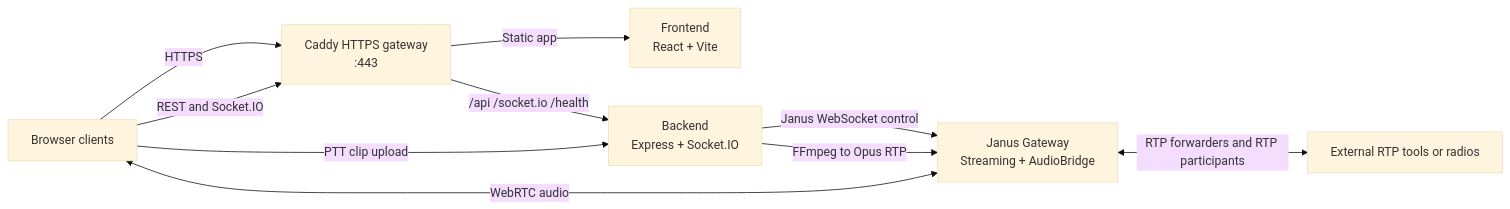
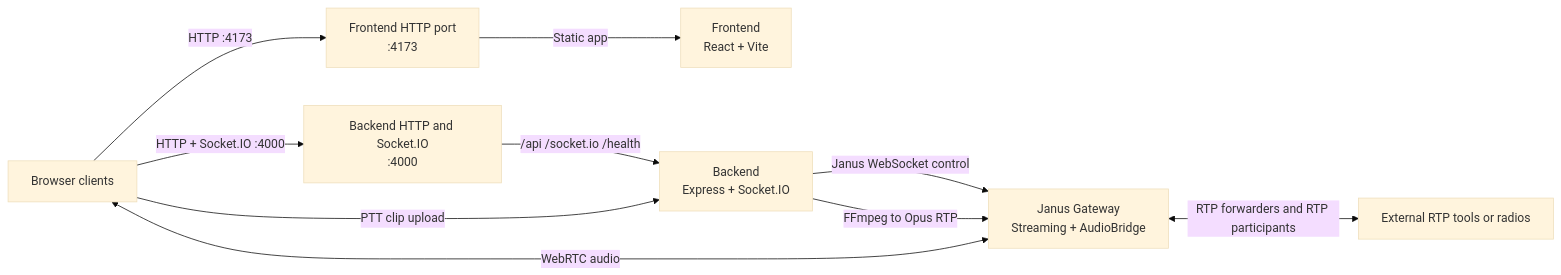
One commit to yousofdavamkar/Web-RTP-Connector changed the diagram in README.md. Above: the diagram before and after it, drawn with Mermaid (base theme). The commit also changed other lines of this file and 2 other files, not shown here.

First line of the commit message:
chore: remove HTTPS gateway from local Docker stack

````diff
--- a/README.md
+++ b/README.md
@@ -20,19 +20,20 @@
 ```mermaid
 flowchart LR
 	Browser[Browser clients]
-	Gateway[Caddy HTTPS gateway\n:443]
+	FrontendPort[Frontend HTTP port\n:4173]
+	BackendPort[Backend HTTP and Socket.IO\n:4000]
 	Frontend[Frontend\nReact + Vite]
 	Backend[Backend\nExpress + Socket.IO]
 	Janus[Janus Gateway\nStreaming + AudioBridge]
 	RTP[External RTP tools or radios]
 
-	Browser -->|HTTPS| Gateway
-	Gateway -->|Static app| Frontend
-	Browser -->|REST and Socket.IO| Gateway
-	Gateway -->|/api /socket.io /health| Backend
+	Browser -->|HTTP :4173| FrontendPort
+	FrontendPort -->|Static app| Frontend
+	Browser -->|HTTP + Socket.IO :4000| BackendPort
+	BackendPort -->|/api /socket.io /health| Backend
 	Backend -->|Janus WebSocket control| Janus
 	Browser -->|PTT clip upload| Backend
 	Backend -->|FFmpeg to Opus RTP| Janus
 	Browser <-->|WebRTC audio| Janus
 	Janus <-->|RTP forwarders and RTP participants| RTP
 ```
````
